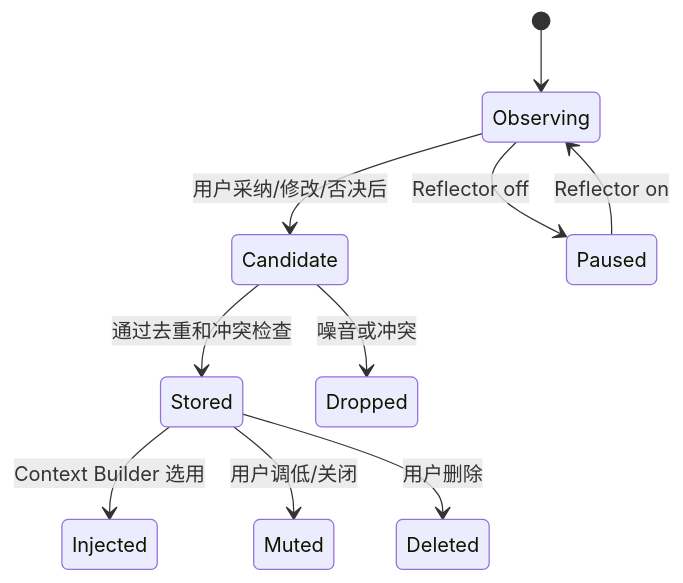
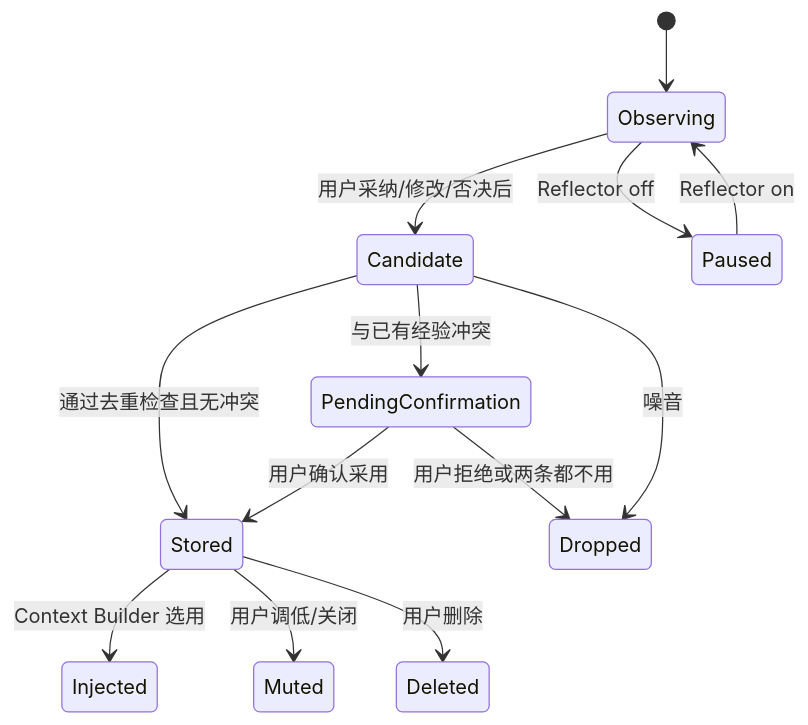
The second of 3 diagrams in spec/S02-runtime-state.md (jinhuang712/open-novel), drawn with Mermaid before and after one commit. The commit also changed other lines of this file and 5 other files, not shown here.

````diff
--- a/spec/S02-runtime-state.md
+++ b/spec/S02-runtime-state.md
@@ -48,12 +48,15 @@
 ```mermaid
 stateDiagram-v2
   [*] --> Observing
   Observing --> Candidate: 用户采纳/修改/否决后
-  Candidate --> Stored: 通过去重和冲突检查
-  Candidate --> Dropped: 噪音或冲突
+  Candidate --> Stored: 通过去重检查且无冲突
+  Candidate --> PendingConfirmation: 与已有经验冲突
+  PendingConfirmation --> Stored: 用户确认采用
+  PendingConfirmation --> Dropped: 用户拒绝或两条都不用
+  Candidate --> Dropped: 噪音
   Stored --> Injected: Context Builder 选用
   Stored --> Muted: 用户调低/关闭
   Stored --> Deleted: 用户删除
   Observing --> Paused: Reflector off
   Paused --> Observing: Reflector on
 ```
````
